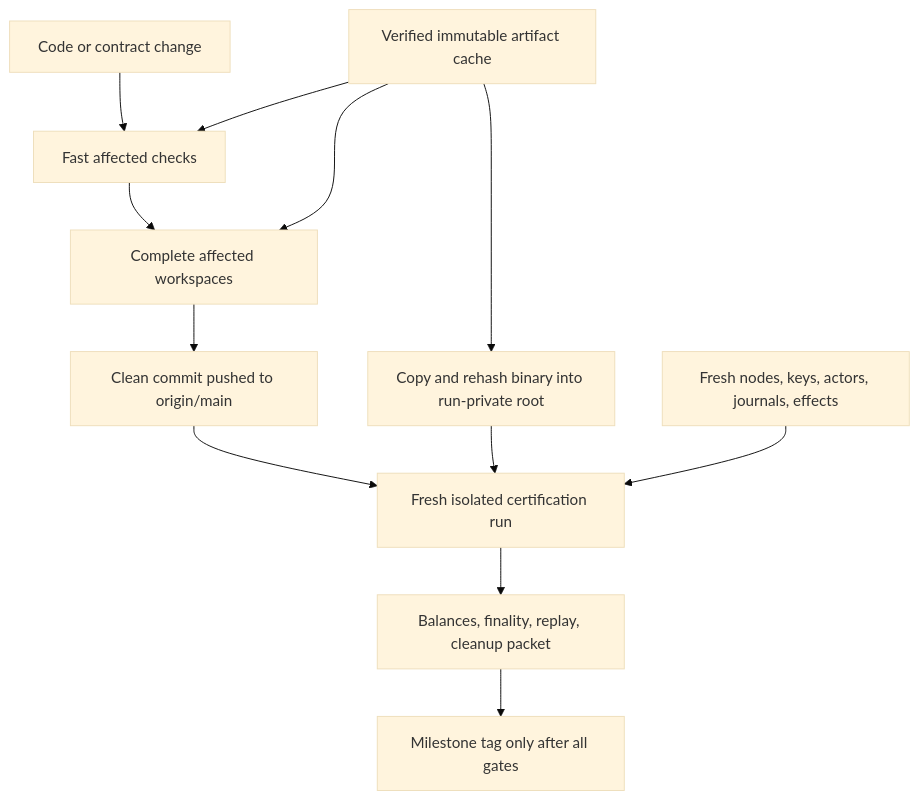
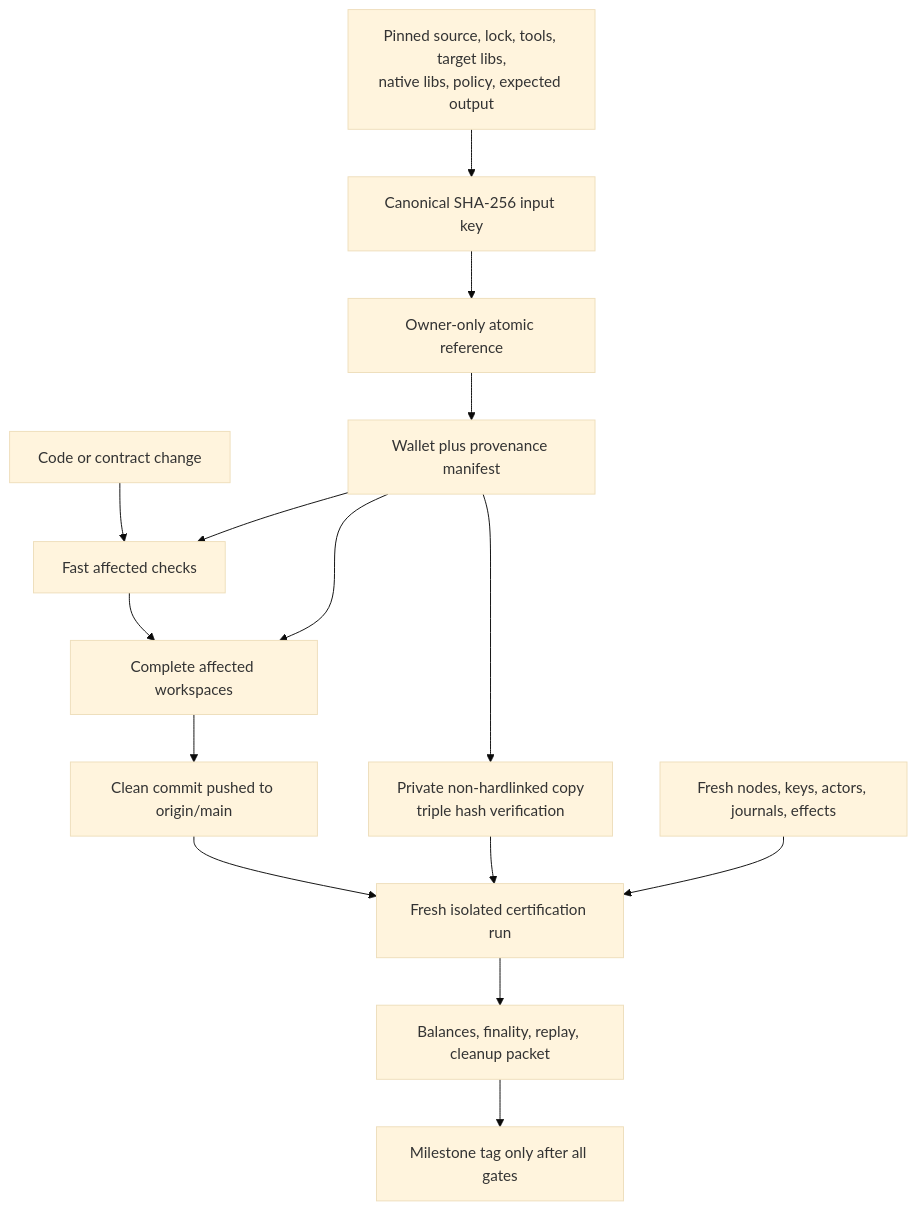
The second of 2 diagrams in docs/architecture/0047-pin-finalized-windows-and-separate-test-lanes.md (gateway-fm/lez-atomic-swaps), drawn with Mermaid (base theme) before and after one commit. The commit also changed other lines of this file and 13 other files, not shown here.

Commit message:
perf: cache verified M3 wallet artifact

````diff
--- a/docs/architecture/0047-pin-finalized-windows-and-separate-test-lanes.md
+++ b/docs/architecture/0047-pin-finalized-windows-and-separate-test-lanes.md
@@ -89,14 +104,17 @@
 ```mermaid
 flowchart TB
     Change["Code or contract change"] --> Fast["Fast affected checks"]
     Fast --> Medium["Complete affected workspaces"]
     Medium --> Push["Clean commit pushed to origin/main"]
     Push --> Cert["Fresh isolated certification run"]
-    Cache["Verified immutable artifact cache"] --> Fast
-    Cache --> Medium
-    Cache --> Copy["Copy and rehash binary into run-private root"]
+    Inputs["Pinned source, lock, tools, target libs,<br/>native libs, policy, expected output"] --> Key["Canonical SHA-256 input key"]
+    Key --> Ref["Owner-only atomic reference"]
+    Ref --> Object["Wallet plus provenance manifest"]
+    Object --> Fast
+    Object --> Medium
+    Object --> Copy["Private non-hardlinked copy<br/>triple hash verification"]
     Copy --> Cert
     Private["Fresh nodes, keys, actors, journals, effects"] --> Cert
     Cert --> Packet["Balances, finality, replay, cleanup packet"]
     Packet --> Tag["Milestone tag only after all gates"]
 ```
````
